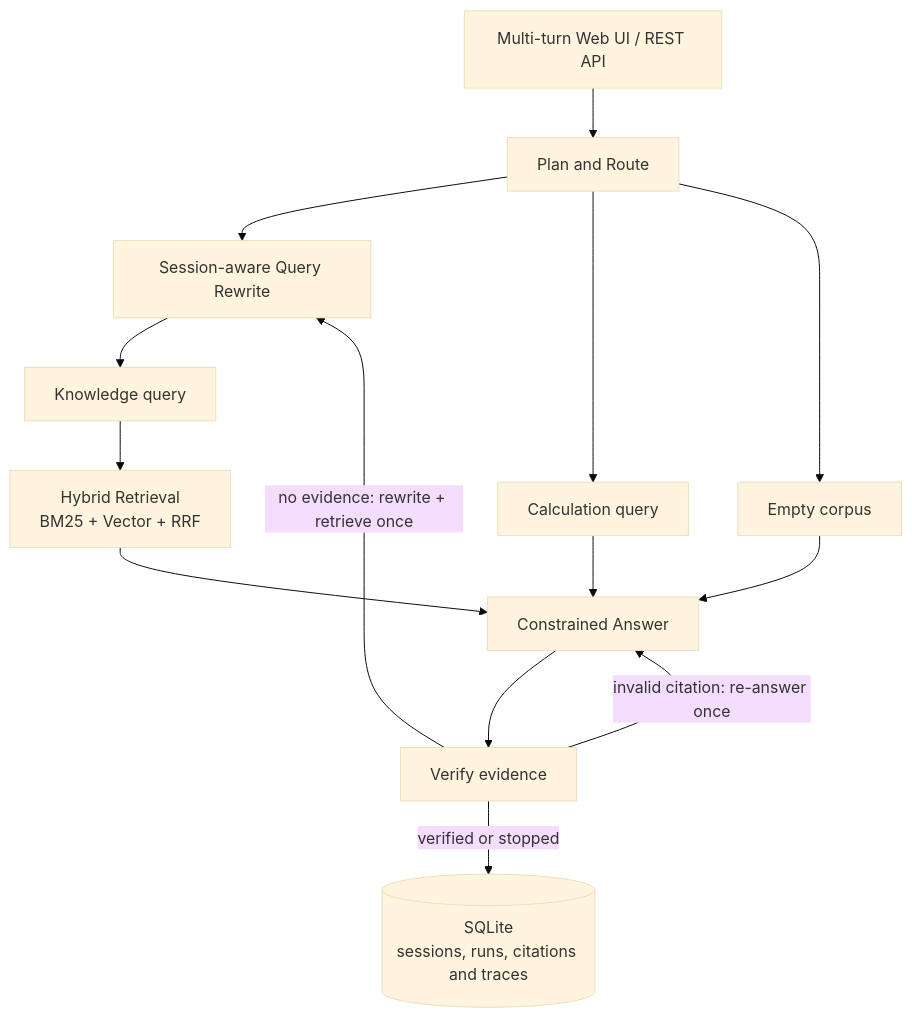
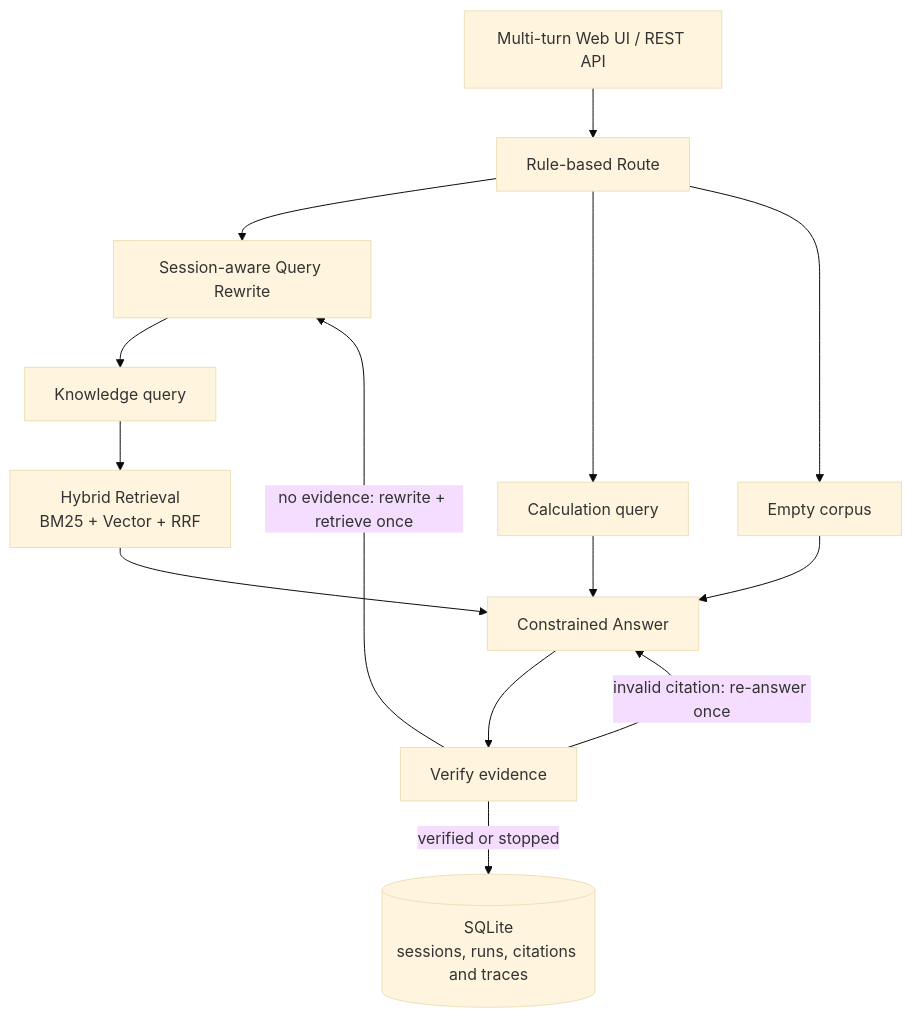
The diagram in README.md (francis3253161180-maker/researchflow-agent), drawn with Mermaid (base theme) before and after one commit. The commit also changed other lines of this file and 15 other files, not shown here.

Commit message:
refactor: rename plan node to route

````diff
--- a/README.md
+++ b/README.md
@@ -50,16 +48,16 @@
 ```mermaid
 flowchart TD
-    UI[Multi-turn Web UI / REST API] --> PLAN[Plan and Route]
-    PLAN --> REWRITE[Session-aware Query Rewrite]
+    UI[Multi-turn Web UI / REST API] --> ROUTE[Rule-based Route]
+    ROUTE --> REWRITE[Session-aware Query Rewrite]
     REWRITE --> RAG[Knowledge query]
-    PLAN --> TOOL[Calculation query]
-    PLAN --> DIRECT[Empty corpus]
+    ROUTE --> TOOL[Calculation query]
+    ROUTE --> DIRECT[Empty corpus]
     RAG --> RETRIEVE[Hybrid Retrieval<br/>BM25 + Vector + RRF]
     RETRIEVE --> ANSWER[Constrained Answer]
     TOOL --> ANSWER
     DIRECT --> ANSWER
     ANSWER --> VERIFY[Verify evidence]
     VERIFY -->|verified or stopped| PERSIST[(SQLite<br/>sessions, runs, citations and traces)]
     VERIFY -->|no evidence: rewrite + retrieve once| REWRITE
     VERIFY -->|invalid citation: re-answer once| ANSWER
 ```
````
